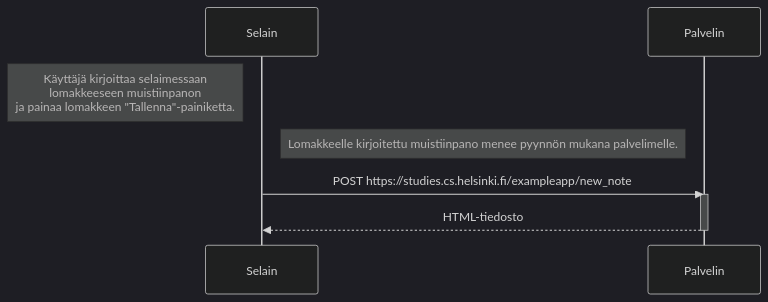
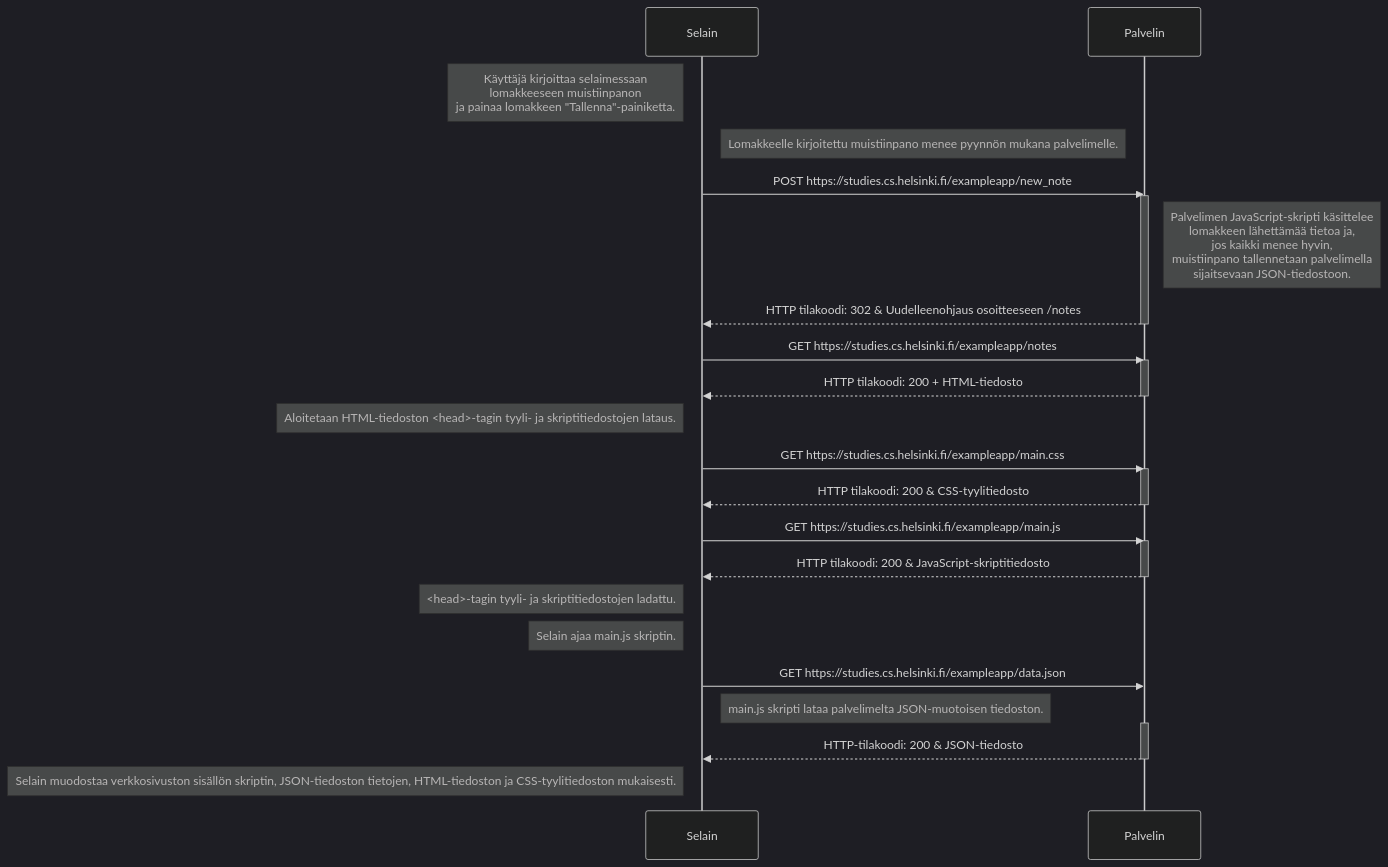
One commit to shamaanikala/FullStack-HY-k2023 changed the diagram in osa0/T0.4.md. Above: the diagram before and after it, drawn with Mermaid (dark theme).

Commit message:
Karkea ratkaisu tehtävään valmis

````diff
--- a/osa0/T0.4.md
+++ b/osa0/T0.4.md
@@ -1,13 +1,43 @@
 ```mermaid
 sequenceDiagram
     participant Selain
     participant Palvelin
     
     Note left of Selain: Käyttäjä kirjoittaa selaimessaan<br>lomakkeeseen muistiinpanon<br>ja painaa lomakkeen "Tallenna"-painiketta.
     
     Note right of Selain: Lomakkeelle kirjoitettu muistiinpano menee pyynnön mukana palvelimelle.
     Selain->>Palvelin: POST https://studies.cs.helsinki.fi/exampleapp/new_note
     activate Palvelin
-    Palvelin-->>Selain: HTML-tiedosto
+    Note right of Palvelin: Palvelimen JavaScript-skripti käsittelee<br>lomakkeen lähettämää tietoa ja,<br>jos kaikki menee hyvin,<br>muistiinpano tallennetaan palvelimella<br>sijaitsevaan JSON-tiedostoon.
+    Palvelin-->>Selain: HTTP tilakoodi: 302 & Uudelleenohjaus osoitteeseen /notes
     deactivate Palvelin
+    
+    Selain->>Palvelin: GET https://studies.cs.helsinki.fi/exampleapp/notes
+    activate Palvelin
+    Palvelin-->>Selain: HTTP tilakoodi: 200 + HTML-tiedosto
+    deactivate Palvelin
+    
+    Note left of Selain: Aloitetaan HTML-tiedoston <head>-tagin tyyli- ja skriptitiedostojen lataus.
+    
+    Selain->>Palvelin: GET https://studies.cs.helsinki.fi/exampleapp/main.css
+    activate Palvelin
+    Palvelin-->>Selain: HTTP tilakoodi: 200 & CSS-tyylitiedosto
+    deactivate Palvelin
+    
+    Selain->>Palvelin: GET https://studies.cs.helsinki.fi/exampleapp/main.js
+    activate Palvelin
+    Palvelin-->>Selain: HTTP tilakoodi: 200 & JavaScript-skriptitiedosto
+    deactivate Palvelin
+    
+    Note left of Selain: <head>-tagin tyyli- ja skriptitiedostojen ladattu.
+    
+    Note left of Selain: Selain ajaa main.js skriptin.
+    
+    Selain->>Palvelin: GET https://studies.cs.helsinki.fi/exampleapp/data.json
+    Note right of Selain: main.js skripti lataa palvelimelta JSON-muotoisen tiedoston.
+    activate Palvelin
+    Palvelin-->>Selain: HTTP-tilakoodi: 200 & JSON-tiedosto
+    deactivate Palvelin
+    
+    Note left of Selain: Selain muodostaa verkkosivuston sisällön skriptin, JSON-tiedoston tietojen, HTML-tiedoston ja CSS-tyylitiedoston mukaisesti.
 ```
````
